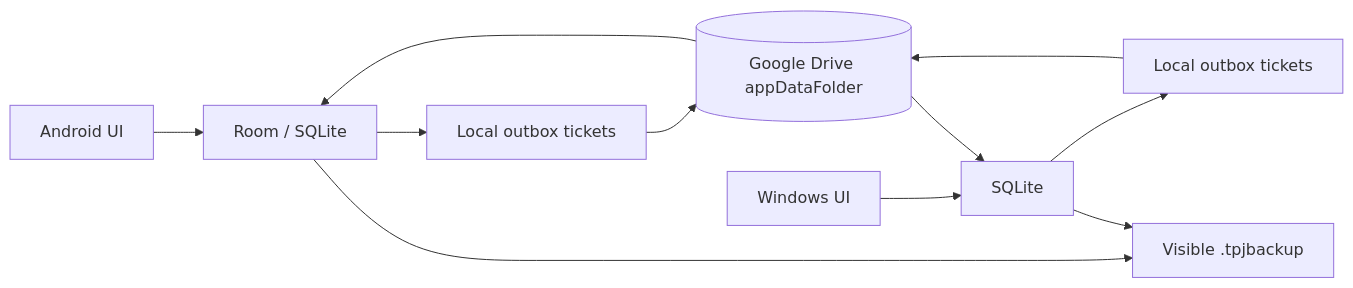
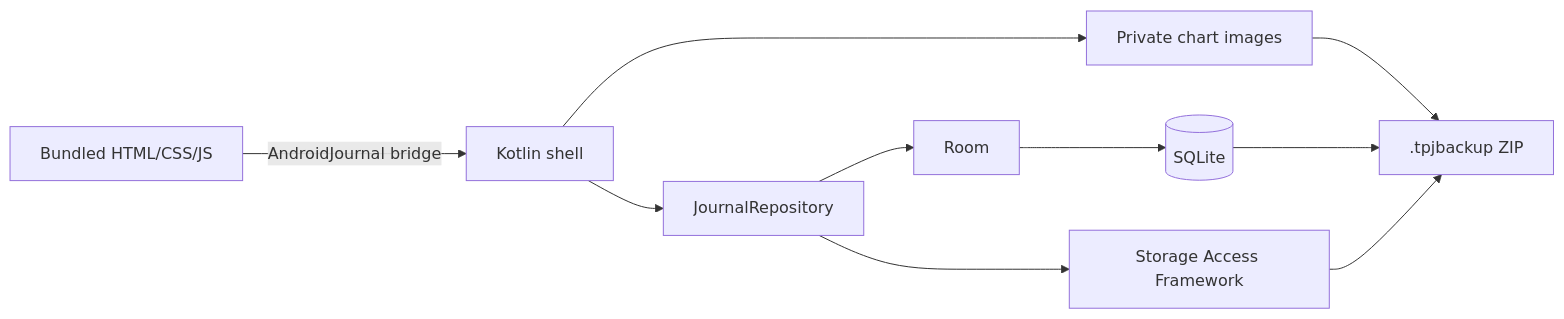
One commit to rahmatmaul/trading-pnl-journal-android changed the diagram in README.md. Above: the diagram before and after it, drawn with Mermaid. The commit also changed other lines of this file and 33 other files, not shown here.

Commit message:
revert: keep Trading Journal Android offline-only

````diff
--- a/README.md
+++ b/README.md
@@ -154,13 +126,12 @@
 ```mermaid
 flowchart LR
-    A[Android UI] --> AR[Room / SQLite]
-    W[Windows UI] --> WS[SQLite]
-    AR --> AO[Local outbox tickets]
-    WS --> WO[Local outbox tickets]
-    AO --> D[(Google Drive appDataFolder)]
-    WO --> D
-    D --> AR
-    D --> WS
-    AR --> B[Visible .tpjbackup]
-    WS --> B
+    UI[Bundled HTML/CSS/JS] -->|AndroidJournal bridge| K[Kotlin shell]
+    K --> R[JournalRepository]
+    R --> ROOM[Room]
+    ROOM --> SQL[(SQLite)]
+    K --> IMG[Private chart images]
+    R --> SAF[Storage Access Framework]
+    IMG --> PKG[.tpjbackup ZIP]
+    SQL --> PKG
+    SAF --> PKG
 ```
````
